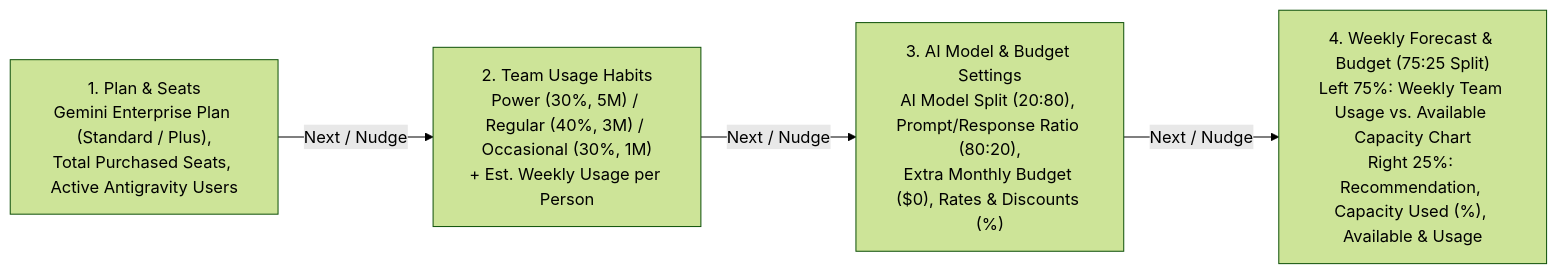
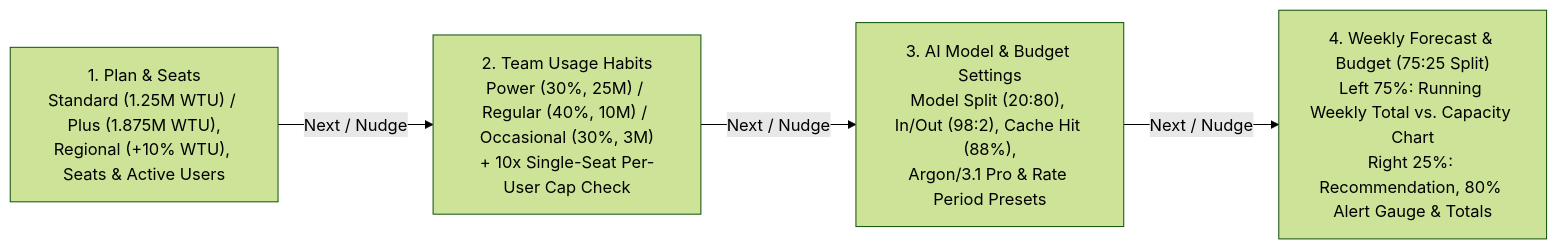
The diagram in docs/PRD.md (mohan-the-octocat/pushpak), drawn with Mermaid (forest theme) before and after one commit. The commit also changed other lines of this file and 4 other files, not shown here.

Commit message:
Add WTU metering, Context Cache Hit Rate (88%), Gemini 4 Argon & rate presets, 10x user cap, and 80% alert threshold

````diff
--- a/docs/PRD.md
+++ b/docs/PRD.md
@@ -43,6 +45,6 @@
 ```mermaid
 flowchart LR
-  T2["1. Plan & Seats<br/>Gemini Enterprise Plan (Standard / Plus),<br/>Total Purchased Seats, Active Antigravity Users"] -->|Next / Nudge| T3["2. Team Usage Habits<br/>Power (30%, 5M) / Regular (40%, 3M) / Occasional (30%, 1M)<br/>+ Est. Weekly Usage per Person"]
-  T3 -->|Next / Nudge| T4["3. AI Model & Budget Settings<br/>AI Model Split (20:80), Prompt/Response Ratio (80:20),<br/>Extra Monthly Budget ($0), Rates & Discounts (%)"]
-  T4 -->|Next / Nudge| T1["4. Weekly Forecast & Budget (75:25 Split)<br/>Left 75%: Weekly Team Usage vs. Available Capacity Chart<br/>Right 25%: Recommendation, Capacity Used (%), Available & Usage"]
+  T2["1. Plan & Seats<br/>Standard (1.25M WTU) / Plus (1.875M WTU),<br/>Regional (+10% WTU), Seats & Active Users"] -->|Next / Nudge| T3["2. Team Usage Habits<br/>Power (30%, 25M) / Regular (40%, 10M) / Occasional (30%, 3M)<br/>+ 10x Single-Seat Per-User Cap Check"]
+  T3 -->|Next / Nudge| T4["3. AI Model & Budget Settings<br/>Model Split (20:80), In/Out (98:2), Cache Hit (88%),<br/>Argon/3.1 Pro & Rate Period Presets"]
+  T4 -->|Next / Nudge| T1["4. Weekly Forecast & Budget (75:25 Split)<br/>Left 75%: Running Weekly Total vs. Capacity Chart<br/>Right 25%: Recommendation, 80% Alert Gauge & Totals"]
 ```
````
